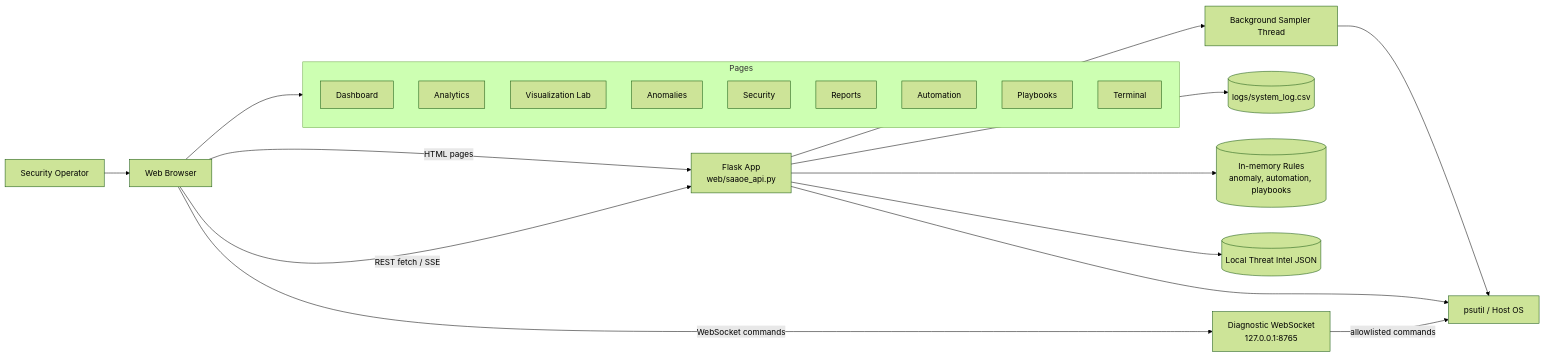
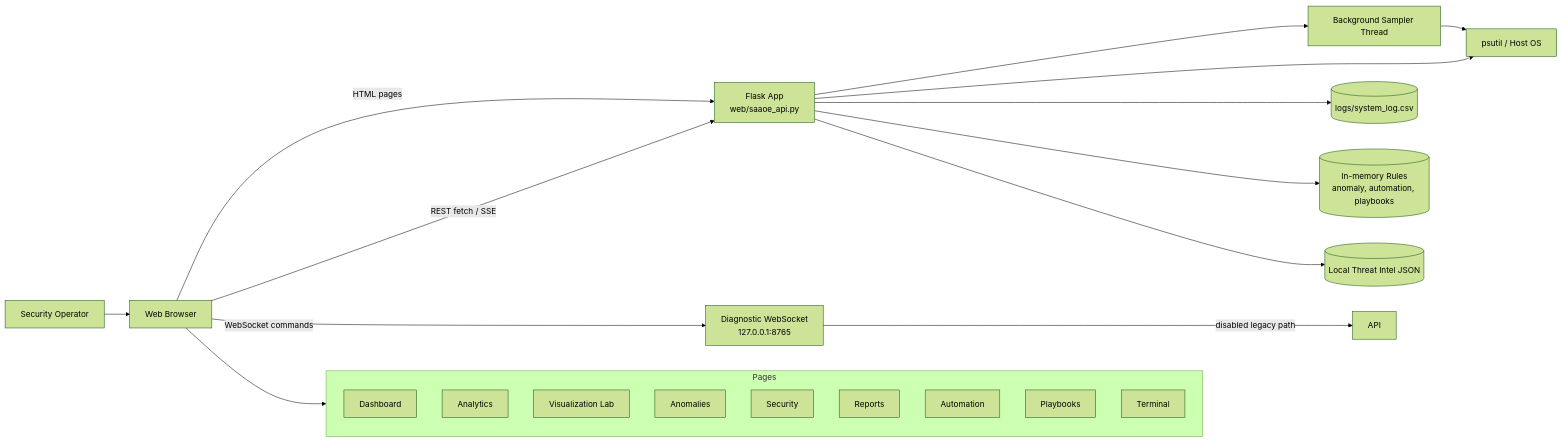
Before and after one commit to Ryner88/Sysethic: the first of 27 diagrams in docs/uml-diagrams.md, drawn with Mermaid (forest theme). The commit also changed 12 other files, not shown here.

````diff
--- a/docs/uml-diagrams.md
+++ b/docs/uml-diagrams.md
@@ -7,38 +7,38 @@
 ```mermaid
 flowchart LR
     Operator[Security Operator]
     Browser[Web Browser]
     Flask[Flask App<br/>web/saaoe_api.py]
     Sampler[Background Sampler Thread]
     Psutil[psutil / Host OS]
     Logs[(logs/system_log.csv)]
     Rules[(In-memory Rules<br/>anomaly, automation, playbooks)]
     ThreatIntel[(Local Threat Intel JSON)]
     TerminalWS[Diagnostic WebSocket<br/>127.0.0.1:8765]
 
     Operator --> Browser
     Browser -->|HTML pages| Flask
     Browser -->|REST fetch / SSE| Flask
     Browser -->|WebSocket commands| TerminalWS
     Flask --> Sampler
     Sampler --> Psutil
     Flask --> Psutil
     Flask --> Logs
     Flask --> Rules
     Flask --> ThreatIntel
-    TerminalWS -->|allowlisted commands| Psutil
+    TerminalWS -->|disabled legacy path| API
 
     subgraph Pages
       Dashboard[Dashboard]
       Analytics[Analytics]
       VisualizationLab[Visualization Lab]
       Anomalies[Anomalies]
       Security[Security]
       Reports[Reports]
       Automation[Automation]
       Playbooks[Playbooks]
       Terminal[Terminal]
     end
 
     Browser --> Pages
 ```
````
